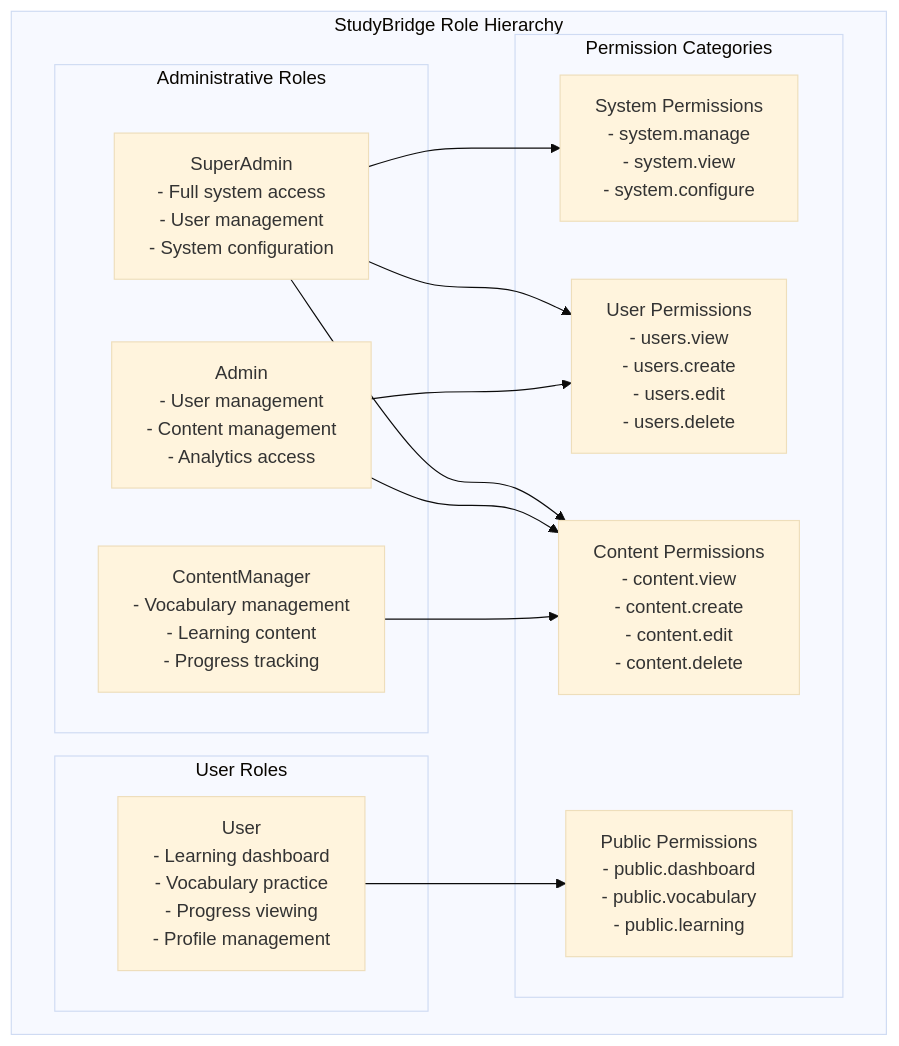
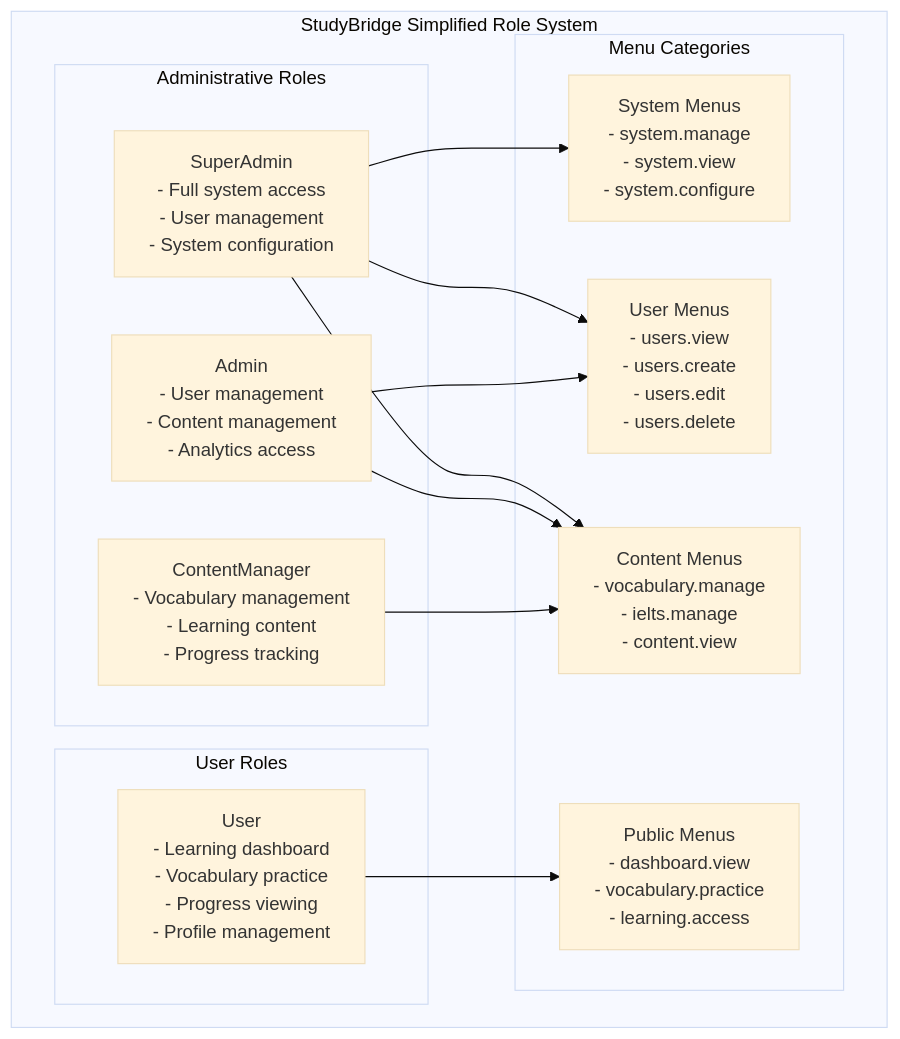
Before and after one commit to mdabdullahfaruque/StudyBridgeBD: diagram 19 of 30 in docs/ARCHITECTURE.md, drawn with Mermaid (base theme). The commit also changed other lines of this file and 40 other files, not shown here.

First line of the commit message:
feat: Simplify RBAC to Menu-Based Access Control

````diff
--- a/docs/ARCHITECTURE.md
+++ b/docs/ARCHITECTURE.md
@@ -630,32 +626,32 @@
 ```mermaid
 graph TB
-    subgraph "StudyBridge Role Hierarchy"
+    subgraph "StudyBridge Simplified Role System"
         subgraph "Administrative Roles"
             SUPER_ADMIN[SuperAdmin<br/>- Full system access<br/>- User management<br/>- System configuration]
             ADMIN[Admin<br/>- User management<br/>- Content management<br/>- Analytics access]
             CONTENT_MANAGER[ContentManager<br/>- Vocabulary management<br/>- Learning content<br/>- Progress tracking]
         end
         
         subgraph "User Roles"
             USER[User<br/>- Learning dashboard<br/>- Vocabulary practice<br/>- Progress viewing<br/>- Profile management]
         end
         
-        subgraph "Permission Categories"
-            SYSTEM_PERMS[System Permissions<br/>- system.manage<br/>- system.view<br/>- system.configure]
-            USER_PERMS[User Permissions<br/>- users.view<br/>- users.create<br/>- users.edit<br/>- users.delete]
-            CONTENT_PERMS[Content Permissions<br/>- content.view<br/>- content.create<br/>- content.edit<br/>- content.delete]
-            PUBLIC_PERMS[Public Permissions<br/>- public.dashboard<br/>- public.vocabulary<br/>- public.learning]
+        subgraph "Menu Categories"
+            SYSTEM_MENUS[System Menus<br/>- system.manage<br/>- system.view<br/>- system.configure]
+            USER_MENUS[User Menus<br/>- users.view<br/>- users.create<br/>- users.edit<br/>- users.delete]
+            CONTENT_MENUS[Content Menus<br/>- vocabulary.manage<br/>- ielts.manage<br/>- content.view]
+            PUBLIC_MENUS[Public Menus<br/>- dashboard.view<br/>- vocabulary.practice<br/>- learning.access]
         end
     end
     
-    SUPER_ADMIN --> SYSTEM_PERMS
-    SUPER_ADMIN --> USER_PERMS
-    SUPER_ADMIN --> CONTENT_PERMS
+    SUPER_ADMIN --> SYSTEM_MENUS
+    SUPER_ADMIN --> USER_MENUS
+    SUPER_ADMIN --> CONTENT_MENUS
     
-    ADMIN --> USER_PERMS
-    ADMIN --> CONTENT_PERMS
+    ADMIN --> USER_MENUS
+    ADMIN --> CONTENT_MENUS
     
-    CONTENT_MANAGER --> CONTENT_PERMS
+    CONTENT_MANAGER --> CONTENT_MENUS
     
-    USER --> PUBLIC_PERMS
+    USER --> PUBLIC_MENUS
 ```
````
